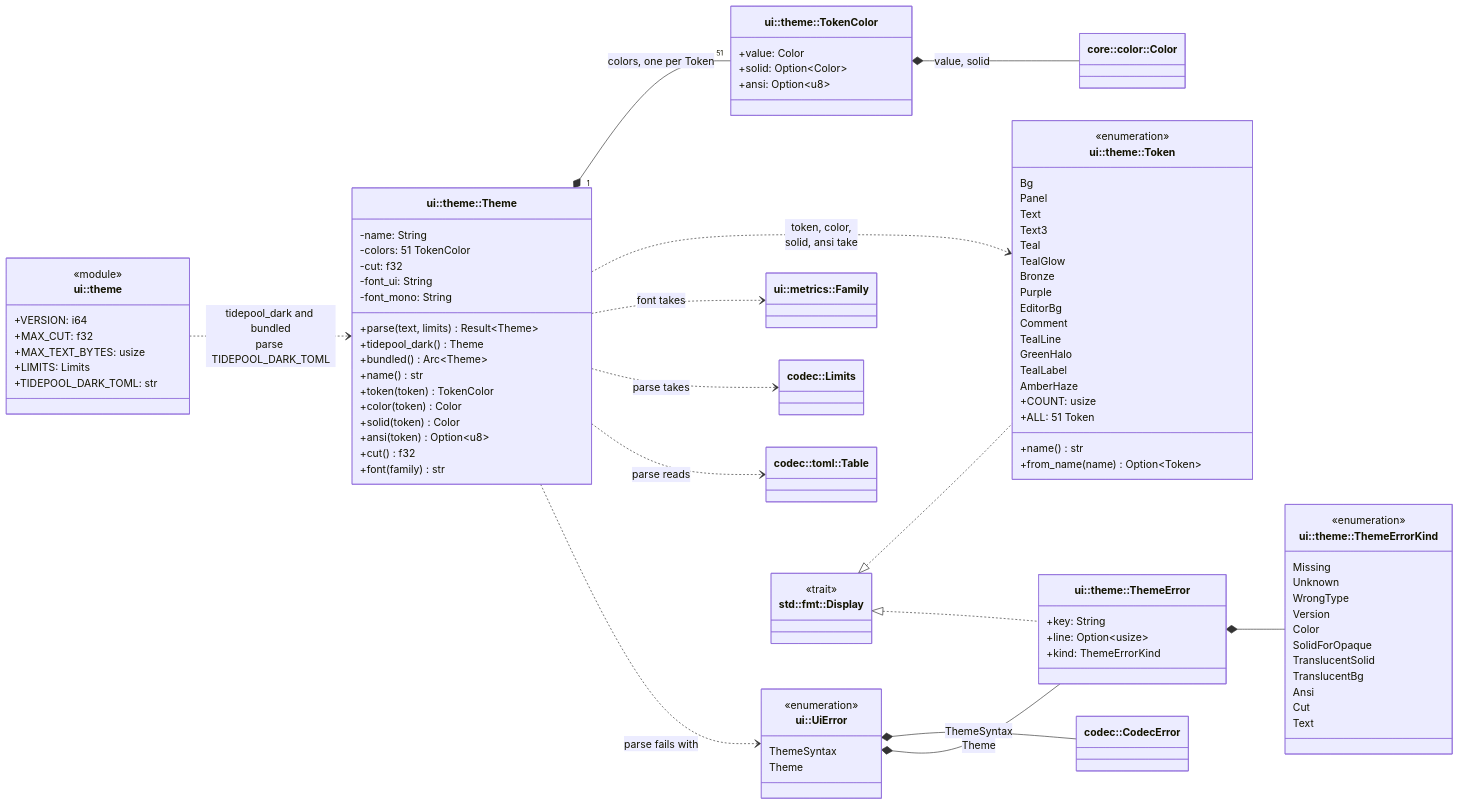
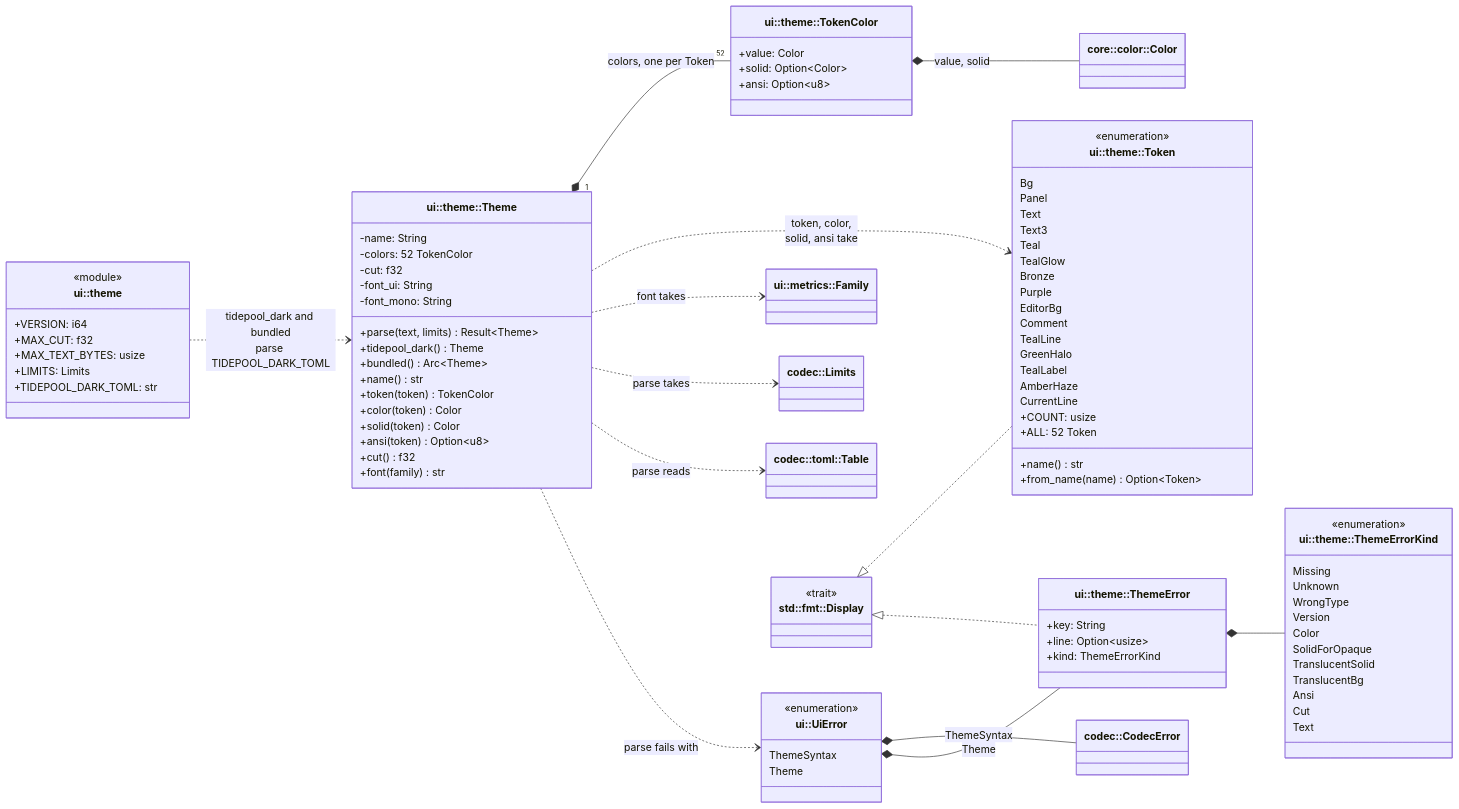
Before and after one commit to jabbott-iii/Tidepool: diagram 45 of 53 in diagrams/class-diagrams.md, drawn with Mermaid. The commit also changed other lines of this file and 49 other files, not shown here.

```diff
--- a/diagrams/class-diagrams.md
+++ b/diagrams/class-diagrams.md
@@ -4232,7 +4236,7 @@
     }
     class Theme["ui::theme::Theme"] {
         -name: String
-        -colors: 51 TokenColor
+        -colors: 52 TokenColor
         -cut: f32
         -font_ui: String
         -font_mono: String
@@ -4263,8 +4267,9 @@
         GreenHalo
         TealLabel
         AmberHaze
+        CurrentLine
         +COUNT: usize
-        +ALL: 51 Token
+        +ALL: 52 Token
         +name() str
         +from_name(name) Option~Token~
     }
@@ -4306,7 +4311,7 @@
         <<trait>>
     }
 
-    Theme "1" *-- "51" TokenColor : colors, one per Token
+    Theme "1" *-- "52" TokenColor : colors, one per Token
     TokenColor *-- Color : value, solid
     Theme ..> Token : token, color,<br/>solid, ansi take
     Theme ..> Family : font takes
```
